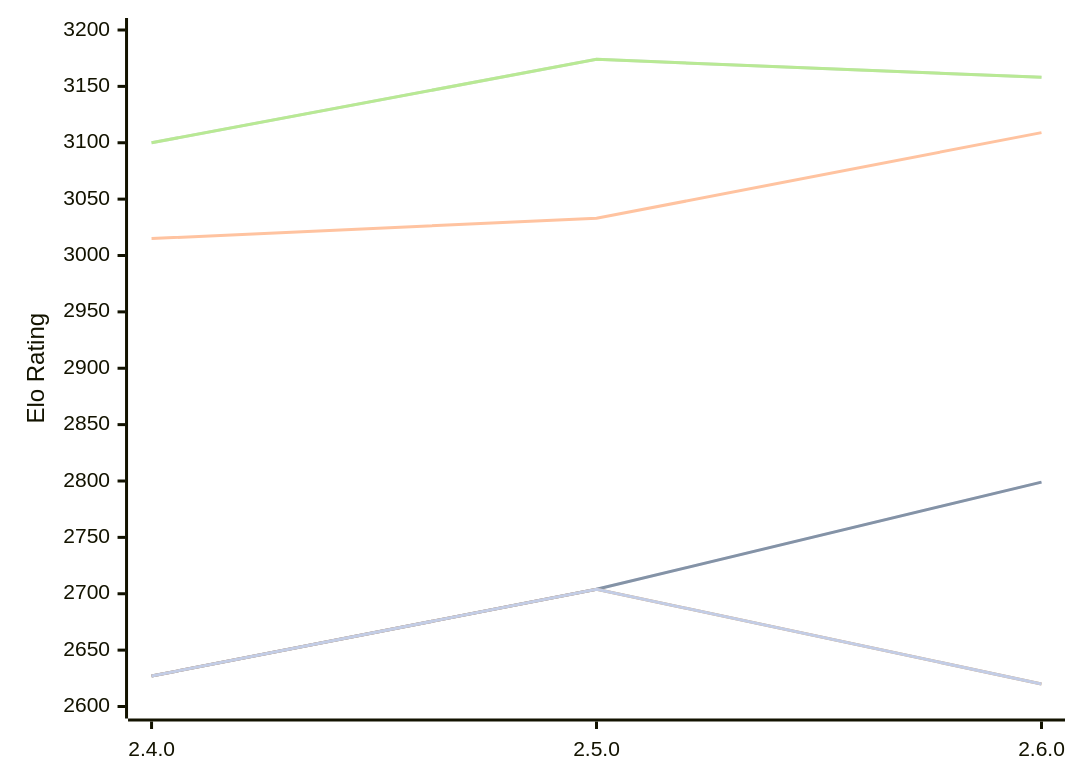
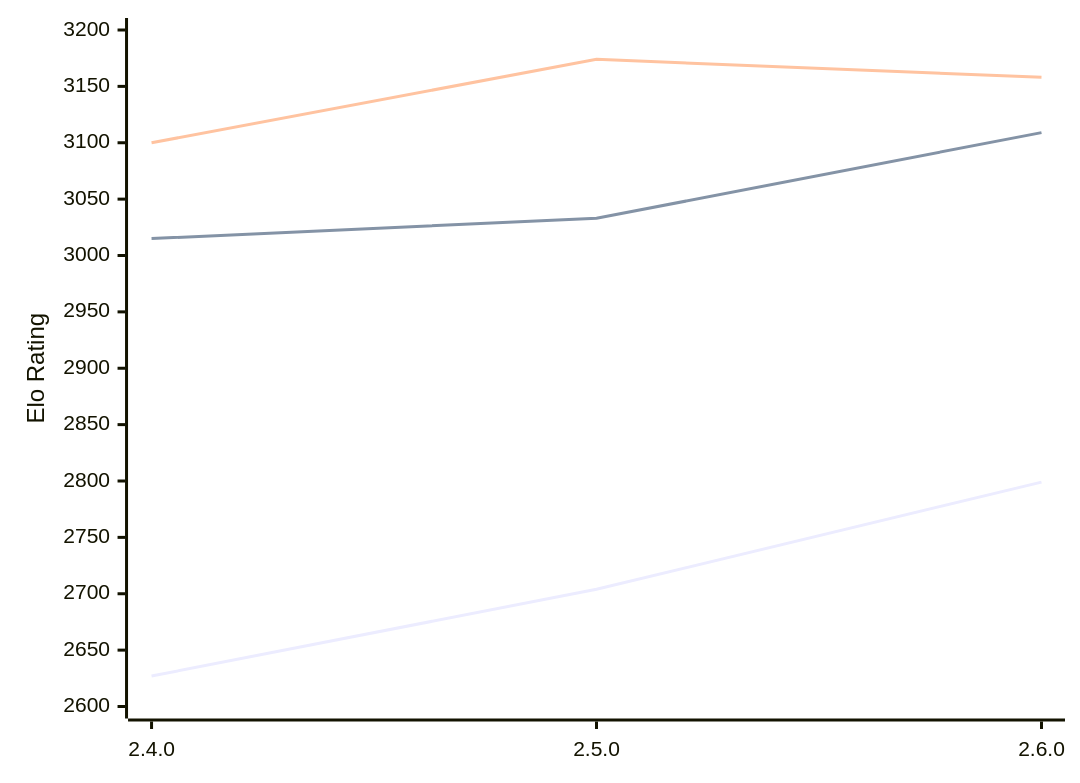
Before and after one commit to computer-chess-index/cci: the second of 2 diagrams in engines/Sturddle2.md, drawn with Mermaid. The commit also changed other lines of this file, not shown here.

````diff
--- a/engines/Sturddle2.md
+++ b/engines/Sturddle2.md
@@ -51,13 +68,9 @@
 ```mermaid
 %%{init: {"theme":"base","themeVariables":{"seriesColors:['#a3a3a3','#222221','#faa371']}}}%%
 xychart-beta
   x-axis ["2.4.0", "2.5.0", "2.6.0"]
   y-axis "Elo Rating" 2600 --> 3200
-  line "" [2627, 2704, 2799]
   line "T1: STC (8.0+0.08s)" [2627, 2704, 2799]
   line "T1: LTC (60.0+0.60s)" [3015, 3033, 3109]
-  line "" [3100, 3174, 3158]
   line "T1: VLTC (2m24s+1.12s)" [3100, 3174, 3158]
-  line "" [2627, 2704,2620, 2757]
-  line "E1: STC (8.0+0.08s)" [2627, 2704,2620, 2757]
 ```
````
